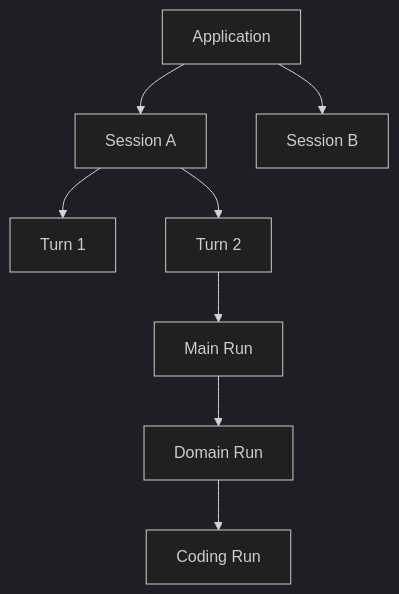
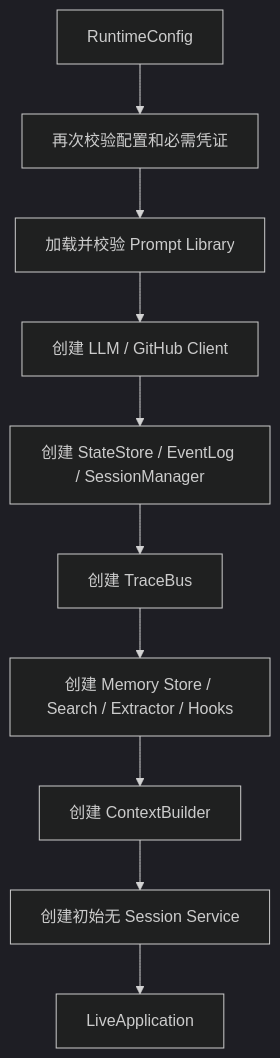
Before and after one commit to Arthur999459up/GitAgent: the third of 12 diagrams in docs/13-application-config-and-prompts.md, drawn with Mermaid (dark theme). The commit also changed other lines of this file and 16 other files, not shown here.

````diff
--- a/docs/13-application-config-and-prompts.md
+++ b/docs/13-application-config-and-prompts.md
@@ -94,10 +144,12 @@
 ```mermaid
 flowchart TD
-    APP[Application] --> S1[Session A]
-    APP --> S2[Session B]
-    S1 --> T1[Turn 1]
-    S1 --> T2[Turn 2]
-    T2 --> R1[Main Run]
-    R1 --> R2[Domain Run]
-    R2 --> R3[Coding Run]
+    RC[RuntimeConfig] --> PV[再次校验配置和必需凭证]
+    PV --> PL[加载并校验 Prompt Library]
+    PL --> CLIENT[创建 LLM / GitHub Client]
+    CLIENT --> STORE[创建 StateStore / EventLog / SessionManager]
+    STORE --> TRACE[创建 TraceBus]
+    TRACE --> MEMORY[创建 Memory Store / Search / Extractor / Hooks]
+    MEMORY --> CTX[创建 ContextBuilder]
+    CTX --> S0[创建初始无 Session Service]
+    S0 --> APP[LiveApplication]
 ```
````
